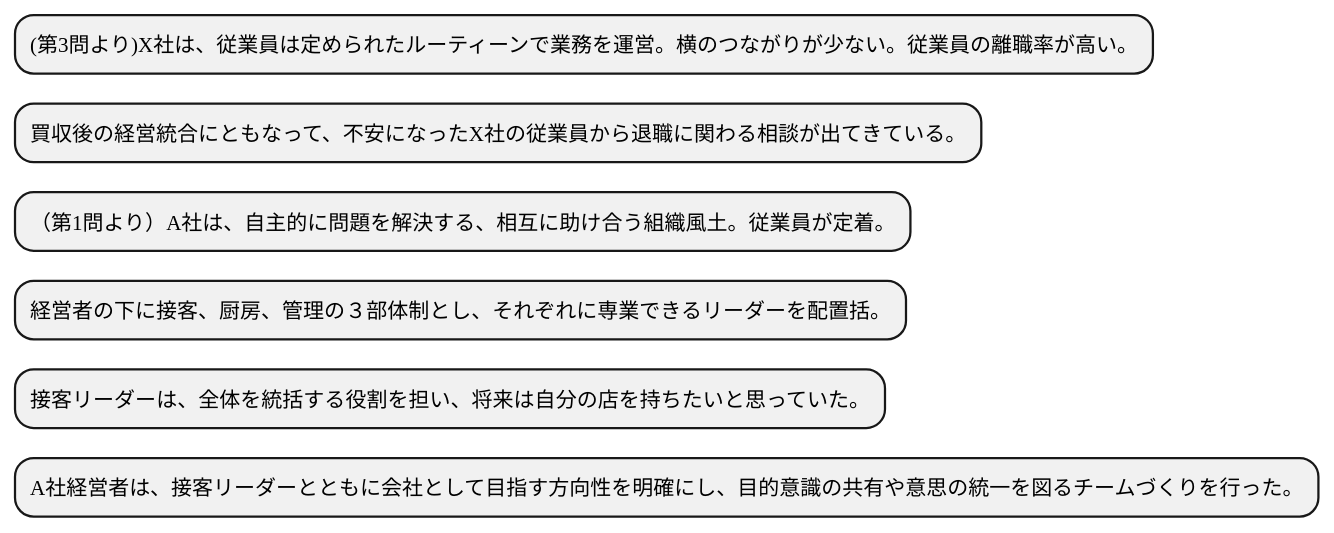
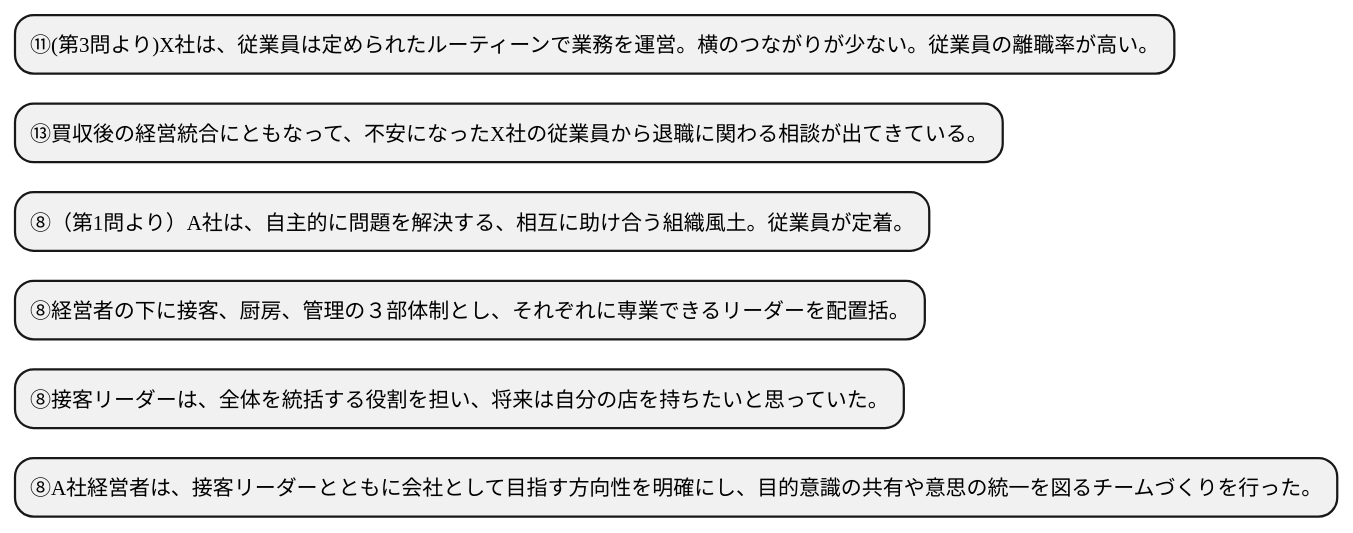
The sixth of 11 diagrams in docs/case/study/R05/r05_case_1_study_2.adoc (k2works/case-study-business-analysis), drawn with PlantUML before and after one commit. The commit also changed other lines of this file, not shown here.

```diff
--- a/docs/case/study/R05/r05_case_1_study_2.adoc
+++ b/docs/case/study/R05/r05_case_1_study_2.adoc
@@ -194,13 +194,13 @@
 [plantuml]
 ----
 @startmindmap
 
-* (第3問より)X社は、従業員は定められたルーティーンで業務を運営。横のつながりが少ない。従業員の離職率が高い。
-* 買収後の経営統合にともなって、不安になったX社の従業員から退職に関わる相談が出てきている。
-* （第1問より）A社は、自主的に問題を解決する、相互に助け合う組織風土。従業員が定着。
-* 経営者の下に接客、厨房、管理の３部体制とし、それぞれに専業できるリーダーを配置括。
-* 接客リーダーは、全体を統括する役割を担い、将来は自分の店を持ちたいと思っていた。
-* A社経営者は、接客リーダーとともに会社として目指す方向性を明確にし、目的意識の共有や意思の統一を図るチームづくりを行った。
+* ⑪(第3問より)X社は、従業員は定められたルーティーンで業務を運営。横のつながりが少ない。従業員の離職率が高い。
+* ⑬買収後の経営統合にともなって、不安になったX社の従業員から退職に関わる相談が出てきている。
+* ⑧（第1問より）A社は、自主的に問題を解決する、相互に助け合う組織風土。従業員が定着。
+* ⑧経営者の下に接客、厨房、管理の３部体制とし、それぞれに専業できるリーダーを配置括。
+* ⑧接客リーダーは、全体を統括する役割を担い、将来は自分の店を持ちたいと思っていた。
+* ⑧A社経営者は、接客リーダーとともに会社として目指す方向性を明確にし、目的意識の共有や意思の統一を図るチームづくりを行った。
 
 @endmindmap
 ----
```
